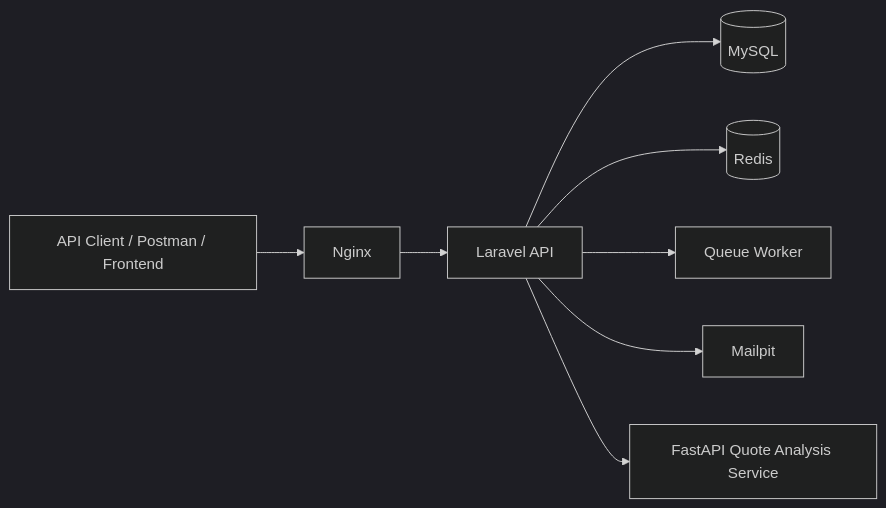
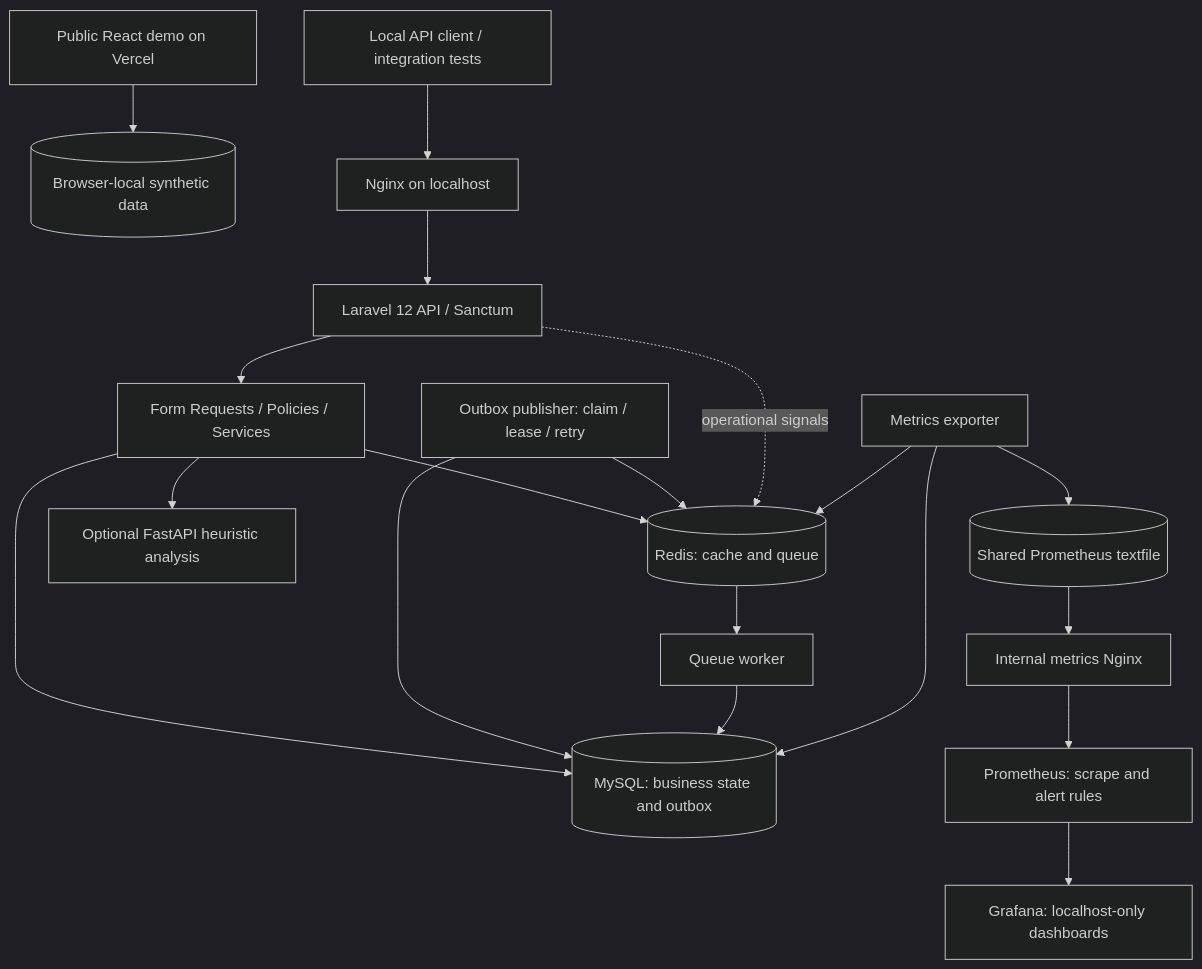
One commit to Will-ammari/procurepilot-ai changed the first of 3 diagrams in docs/procurepilot-architecture.md. Above: the diagram before and after it, drawn with Mermaid (dark theme). The commit also changed other lines of this file and 3 other files, not shown here.

````diff
--- a/docs/procurepilot-architecture.md
+++ b/docs/procurepilot-architecture.md
@@ -7,10 +7,21 @@
 ```mermaid
-flowchart LR
-    Client[API Client / Postman / Frontend] --> Nginx[Nginx]
-    Nginx --> Laravel[Laravel API]
-    Laravel --> MySQL[(MySQL)]
-    Laravel --> Redis[(Redis)]
-    Laravel --> Queue[Queue Worker]
-    Laravel --> Mailpit[Mailpit]
-    Laravel --> FastAPI[FastAPI Quote Analysis Service]
+flowchart TB
+    Browser[Public React demo on Vercel] --> Synthetic[(Browser-local synthetic data)]
+    Client[Local API client / integration tests] --> Nginx[Nginx on localhost]
+    Nginx --> API[Laravel 12 API / Sanctum]
+    API --> Domain[Form Requests / Policies / Services]
+    Domain --> DB[(MySQL: business state and outbox)]
+    Domain --> Cache[(Redis: cache and queue)]
+    Domain --> AI[Optional FastAPI heuristic analysis]
+    Publisher[Outbox publisher: claim / lease / retry] --> DB
+    Publisher --> Cache
+    Cache --> Worker[Queue worker]
+    Worker --> DB
+    API -. operational signals .-> Cache
+    Exporter[Metrics exporter] --> Cache
+    Exporter --> DB
+    Exporter --> Textfile[(Shared Prometheus textfile)]
+    Textfile --> MetricsHTTP[Internal metrics Nginx]
+    MetricsHTTP --> Prometheus[Prometheus: scrape and alert rules]
+    Prometheus --> Grafana[Grafana: localhost-only dashboards]
 ```
````
